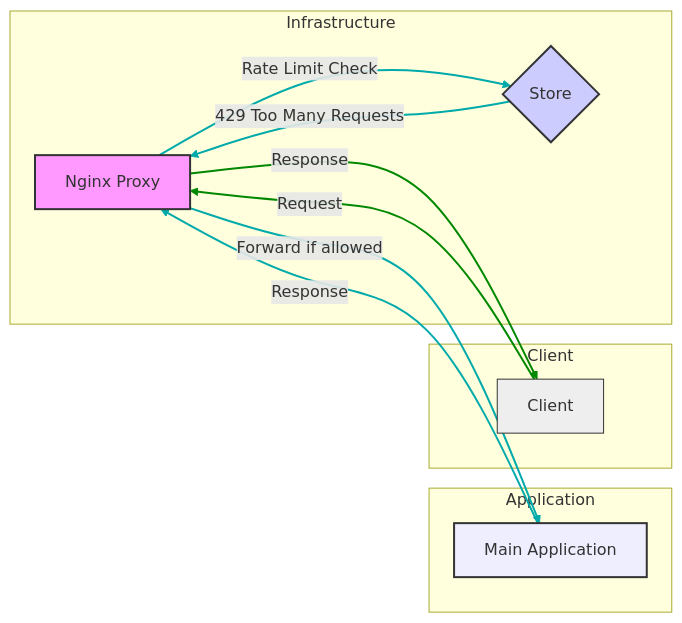
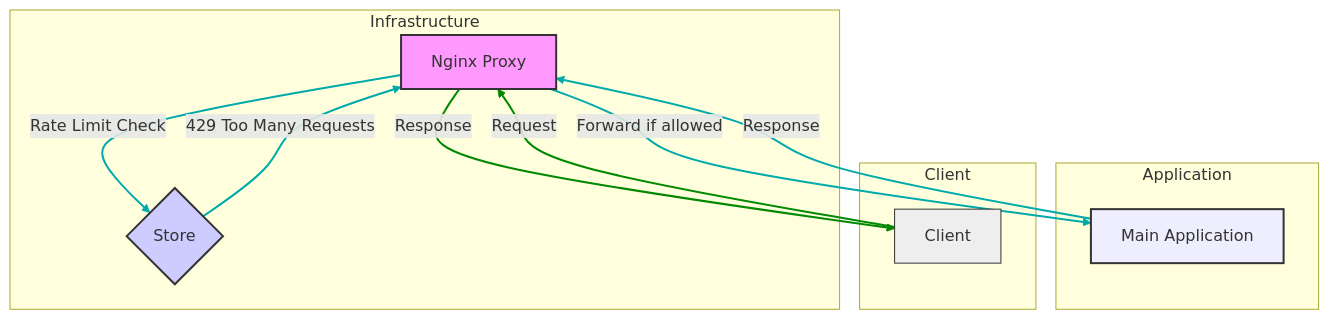
The first of 2 diagrams in Readme.md (omarfawzi/Nginx-Ratelimiter-Proxy), drawn with Mermaid before and after one commit.

````diff
--- a/Readme.md
+++ b/Readme.md
@@ -20,42 +20,42 @@
 ```mermaid
-graph LR
+graph TD
    subgraph Infrastructure
       B[Nginx Proxy] -- Rate Limit Check --> C{Store}
       C -- 429 Too Many Requests --> B
 
       style B fill:#f9f,stroke:#333,stroke-width:2px
       style C fill:#ccf,stroke:#333,stroke-width:2px
       style B fill:#f9f,stroke:#333,stroke-width:2px
       classDef rate_limiting fill:#ffc,stroke:#333;
       class C rate_limiting
    end
 
    subgraph Application
       E[Main Application]
       style E fill:#eef,stroke:#333,stroke-width:2px
    end
 
    B -- Forward if allowed --> E
    E -- Response --> B
    B -- Response --> A
    A -- Request --> B
 
    classDef external fill:#eee,stroke:#333
    class A external
 
    classDef container fill:#ccf,stroke:#333
    class E container
 
    classDef proxy fill:#f9f,stroke:#333
    class B proxy
 
    linkStyle 0,1,2,3 stroke:#0aa,stroke-width:2px;
    linkStyle 4,5 stroke:#080,stroke-width:2px;
    
    classDef cache fill:#ddf,stroke:#333
    class D1,D2,D3 cache
 
    subgraph Client
       A[Client]
    end
 ```
````
